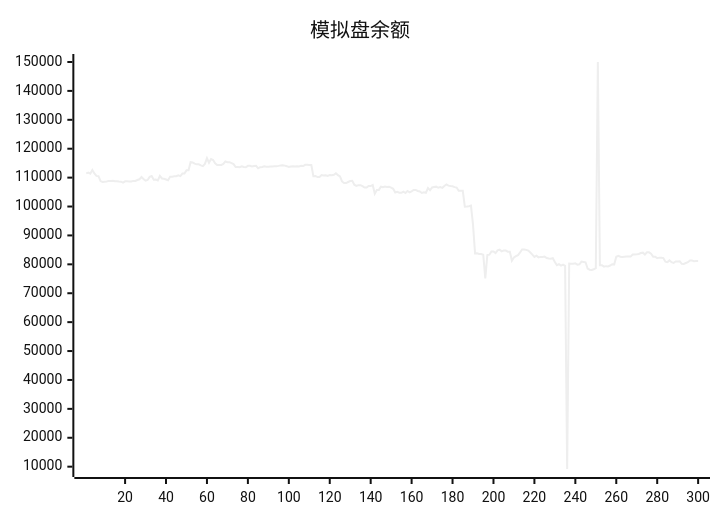
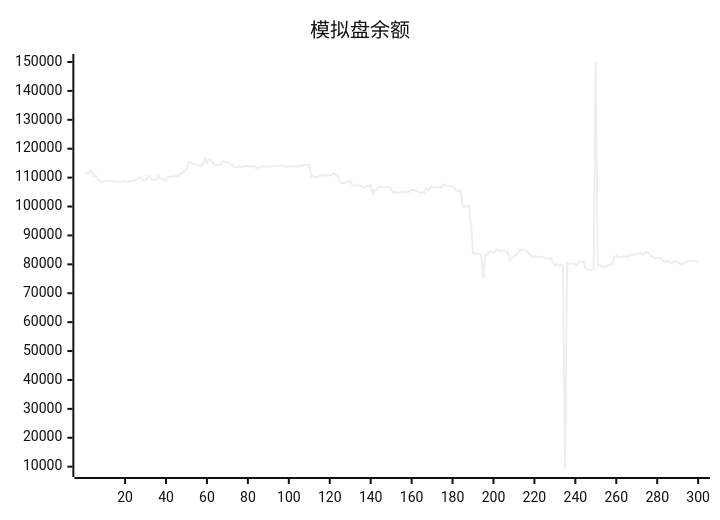
One commit to aahl/ai-trading changed the diagram in README.md. Above: the diagram before and after it, drawn with Mermaid (neutral theme). The commit also changed other lines of this file and 1 other file, not shown here.

````diff
--- a/README.md
+++ b/README.md
@@ -5,5 +5,5 @@
 ```mermaid
 xychart
     title "模拟盘余额"
-    line [111458,111712,111342,112608,111443,110593,110490,108796,108506,108603,108645,108864,108864,108897,108718,108760,108648,108602,108262,108718,108752,108644,108644,108863,108823,109162,109419,110224,109539,108945,109172,110262,110546,109304,109343,109053,110606,109702,109584,109337,109071,110342,110342,110488,110488,110814,110531,111421,111421,112518,112522,115341,115266,114830,114584,114588,114231,113973,114726,116697,115160,116423,116083,114950,114365,114365,114388,114730,115582,115358,115358,115032,114686,113688,113688,113610,113930,113672,113585,114083,114074,113840,113996,114051,113208,113593,113701,113901,113794,113784,113810,113848,113927,113929,114064,114232,114293,114144,113960,113698,113853,113942,113812,113908,113877,114091,113998,114427,114422,114384,114384,110477,110576,110198,110198,110890,110712,110812,110569,110929,110847,110968,111478,110870,110433,108661,108116,108115,108485,108797,108877,107536,107134,107393,107393,107046,106565,106565,107081,107081,107478,104404,105715,105749,106866,106651,106889,106771,106816,106565,106141,104876,105103,104796,104734,105169,104690,105380,104941,105272,105709,105739,105374,105227,104691,104924,104762,106364,105628,106608,106748,106872,106485,106721,106468,107132,107620,107224,107080,107001,106717,106567,105431,105431,105440,99950,100017,100113,100337,93749,83795,83807,83567,83567,83342,75168,83222,83336,84448,84449,83896,84839,85065,84499,84757,84757,84364,84347,81254,82385,82835,83184,84099,85150,85150,85002,84751,84096,83356,82582,82983,82404,82572,82512,82688,82200,82047,81920,82125,80840,79688,80060,79552,79920,79470,9193,80236,80208,80170,80336,79894,80006,80954,80837,80712,78561,78139,78037,78293,78682,150000,79720,79720,79214,79372,79279,79591,80046,79993,82625,82950,82626,82571,82633,82670,82670,82681,83386,83378,83464,83579,83920,84037,83402,84160,84142,83652,82655,82655,82145,82315,82243,82163,80934,80770,81371,80742,80468,80989,80989,81067,80191,80155,80450,80737,81309,81309,81106,81119,81119]
+    line [111712,111342,112608,111443,110593,110490,108796,108506,108603,108645,108864,108864,108897,108718,108760,108648,108602,108262,108718,108752,108644,108644,108863,108823,109162,109419,110224,109539,108945,109172,110262,110546,109304,109343,109053,110606,109702,109584,109337,109071,110342,110342,110488,110488,110814,110531,111421,111421,112518,112522,115341,115266,114830,114584,114588,114231,113973,114726,116697,115160,116423,116083,114950,114365,114365,114388,114730,115582,115358,115358,115032,114686,113688,113688,113610,113930,113672,113585,114083,114074,113840,113996,114051,113208,113593,113701,113901,113794,113784,113810,113848,113927,113929,114064,114232,114293,114144,113960,113698,113853,113942,113812,113908,113877,114091,113998,114427,114422,114384,114384,110477,110576,110198,110198,110890,110712,110812,110569,110929,110847,110968,111478,110870,110433,108661,108116,108115,108485,108797,108877,107536,107134,107393,107393,107046,106565,106565,107081,107081,107478,104404,105715,105749,106866,106651,106889,106771,106816,106565,106141,104876,105103,104796,104734,105169,104690,105380,104941,105272,105709,105739,105374,105227,104691,104924,104762,106364,105628,106608,106748,106872,106485,106721,106468,107132,107620,107224,107080,107001,106717,106567,105431,105431,105440,99950,100017,100113,100337,93749,83795,83807,83567,83567,83342,75168,83222,83336,84448,84449,83896,84839,85065,84499,84757,84757,84364,84347,81254,82385,82835,83184,84099,85150,85150,85002,84751,84096,83356,82582,82983,82404,82572,82512,82688,82200,82047,81920,82125,80840,79688,80060,79552,79920,79470,9193,80236,80208,80170,80336,79894,80006,80954,80837,80712,78561,78139,78037,78293,78682,150000,79720,79720,79214,79372,79279,79591,80046,79993,82625,82950,82626,82571,82633,82670,82670,82681,83386,83378,83464,83579,83920,84037,83402,84160,84142,83652,82655,82655,82145,82315,82243,82163,80934,80770,81371,80742,80468,80989,80989,81067,80191,80155,80450,80737,81309,81309,81106,81119,81119,80471]
 ```
````
